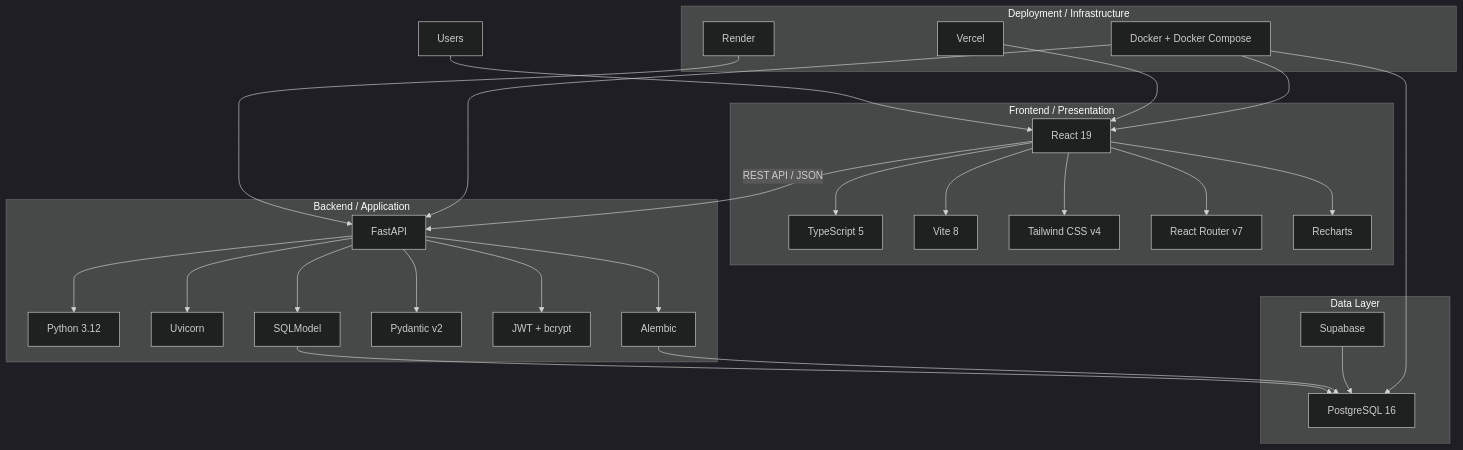
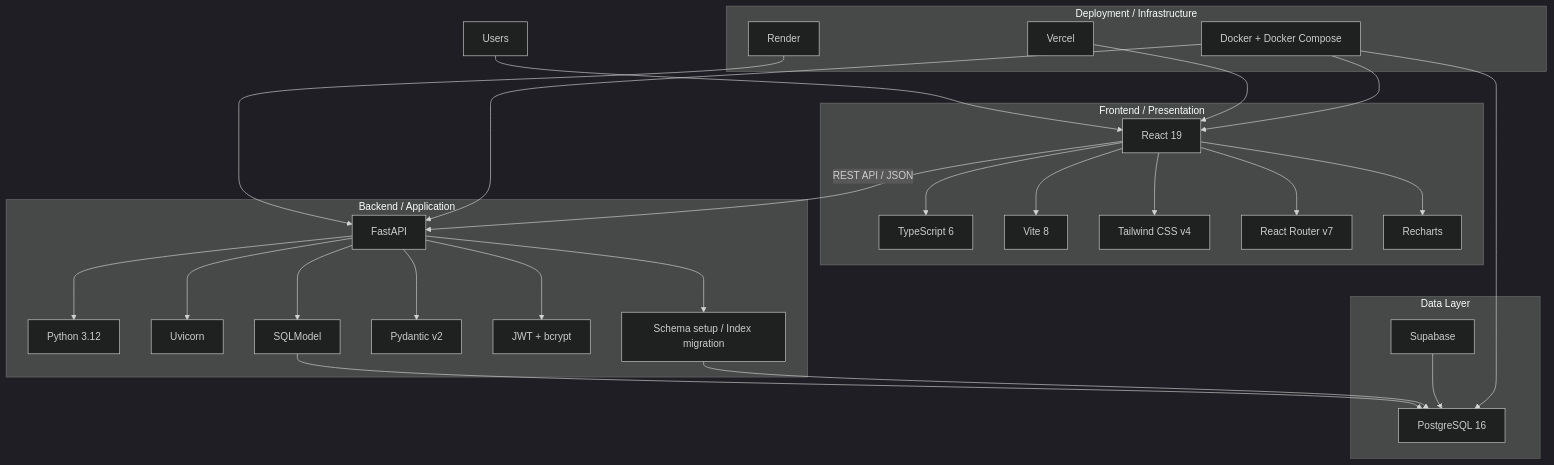
The second of 3 diagrams in README.md (67160230-byte/Khunflow), drawn with Mermaid (dark theme) before and after one commit. The commit also changed other lines of this file, not shown here.

````diff
--- a/README.md
+++ b/README.md
@@ -120,60 +161,60 @@
 ```mermaid
 flowchart TB
     USER[Users]
 
     subgraph FRONTEND[Frontend / Presentation]
         REACT[React 19]
-        TS[TypeScript 5]
+        TS[TypeScript 6]
         VITE[Vite 8]
         TAILWIND[Tailwind CSS v4]
         ROUTER[React Router v7]
         CHART[Recharts]
     end
 
     subgraph BACKEND[Backend / Application]
         FASTAPI[FastAPI]
         PYTHON[Python 3.12]
         UV[Uvicorn]
         SQLMODEL[SQLModel]
         PYDANTIC[Pydantic v2]
         JWT[JWT + bcrypt]
-        ALEMBIC[Alembic]
+        SCHEMA[Schema setup / Index migration]
     end
 
     subgraph DATABASE[Data Layer]
         PG[PostgreSQL 16]
         SUPA[Supabase]
     end
 
     subgraph DEPLOY[Deployment / Infrastructure]
         VERCEL[Vercel]
         RENDER[Render]
         DOCKER[Docker + Docker Compose]
     end
 
     USER --> REACT
     REACT --> TS
     REACT --> VITE
     REACT --> TAILWIND
     REACT --> ROUTER
     REACT --> CHART
 
     VERCEL --> REACT
     REACT -->|REST API / JSON| FASTAPI
 
     FASTAPI --> PYTHON
     FASTAPI --> UV
     FASTAPI --> SQLMODEL
     FASTAPI --> PYDANTIC
     FASTAPI --> JWT
-    FASTAPI --> ALEMBIC
+    FASTAPI --> SCHEMA
 
     RENDER --> FASTAPI
     SQLMODEL --> PG
-    ALEMBIC --> PG
+    SCHEMA --> PG
     SUPA --> PG
 
     DOCKER --> REACT
     DOCKER --> FASTAPI
     DOCKER --> PG
 ```
````
